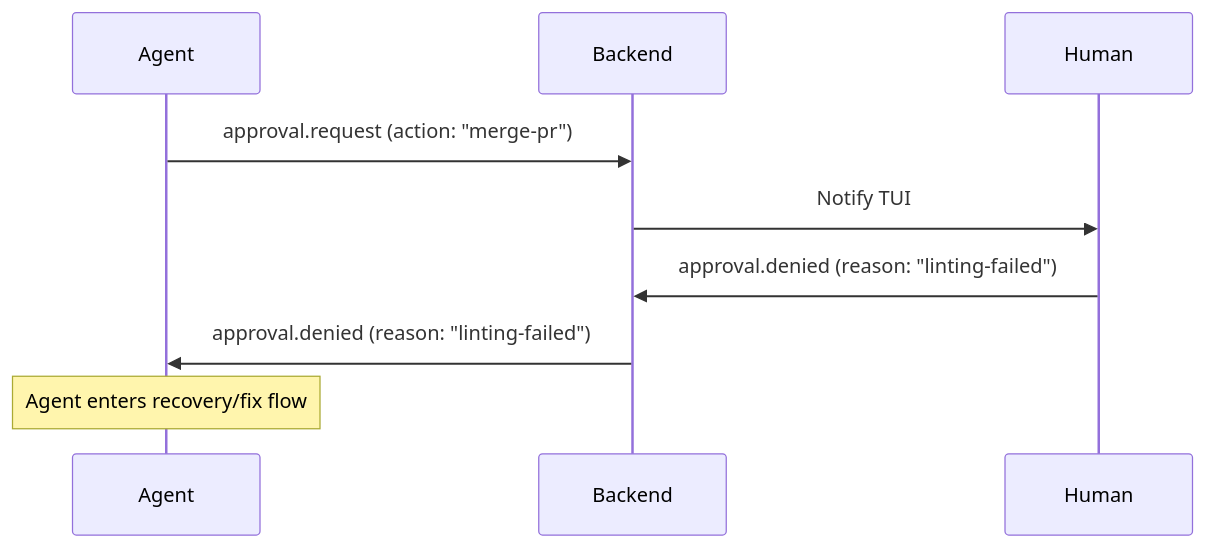
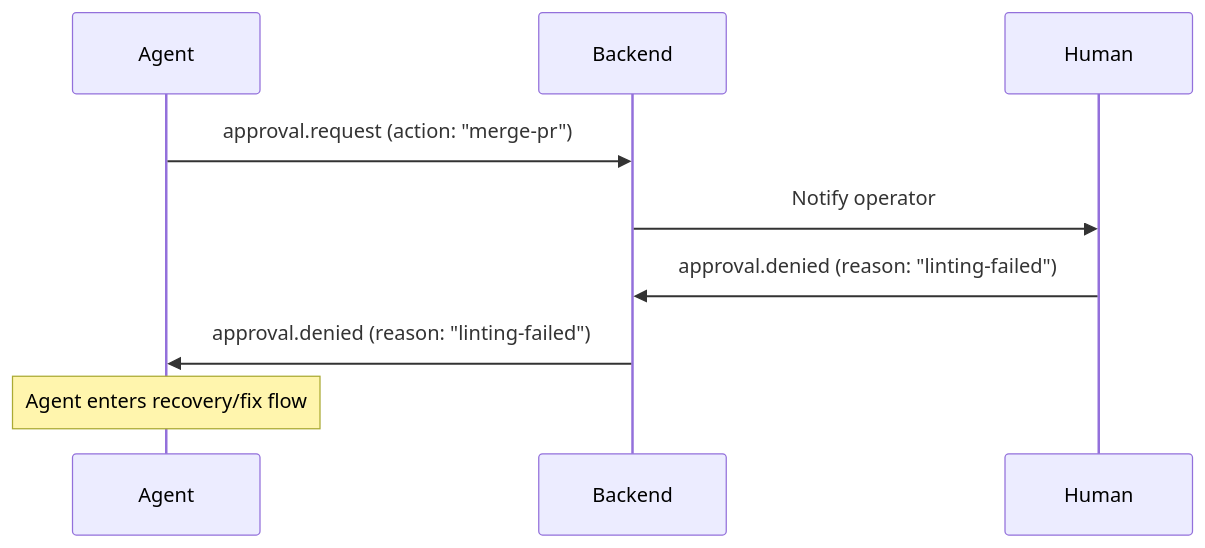
The eighth of 8 diagrams in docs/architecture/design-spec.md (YourBroDuke/bobberchat), drawn with Mermaid before and after one commit. The commit also changed other lines of this file and 15 other files, not shown here.

````diff
--- a/docs/architecture/design-spec.md
+++ b/docs/architecture/design-spec.md
@@ -892,12 +871,12 @@
 ```mermaid
 sequenceDiagram
     participant A as Agent
     participant B as Backend
     participant H as Human
     
     A->>B: approval.request (action: "merge-pr")
-    B->>H: Notify TUI
+    B->>H: Notify operator
     H->>B: approval.denied (reason: "linting-failed")
     B->>A: approval.denied (reason: "linting-failed")
     Note over A: Agent enters recovery/fix flow
 ```
````
